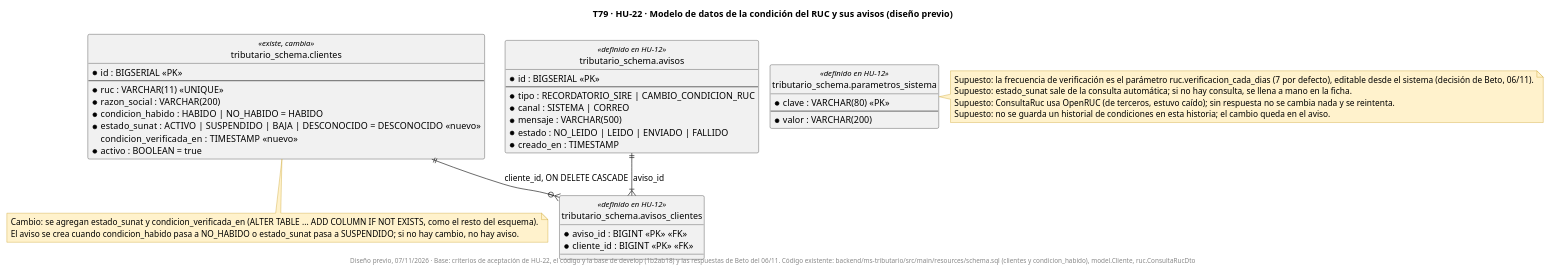
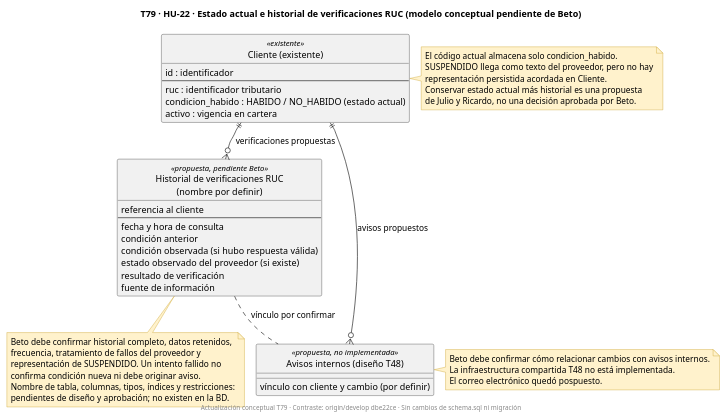
One commit to fabianrodriguez33/plus-contable changed the diagram in docs/uml/T79-HU22-er-condicion-cliente.puml. Above: the diagram before and after it, drawn with PlantUML. The commit also changed 5 other files, not shown here.

Commit message:
docs(HU-22): proponer historial RUC en UML T79

```diff
--- a/docs/uml/T79-HU22-er-condicion-cliente.puml
+++ b/docs/uml/T79-HU22-er-condicion-cliente.puml
@@ -1,52 +1,55 @@
 @startuml
 !pragma layout smetana
-title T79 · HU-22 · Modelo de datos de la condición del RUC y sus avisos (diseño previo)
+title T79 · HU-22 · Estado actual e historial de verificaciones RUC (modelo conceptual pendiente de Beto)
 skinparam shadowing false
 skinparam noteBackgroundColor #FFF2CC
 skinparam noteBorderColor #BF9000
 hide circle
 
-entity "tributario_schema.clientes" as clientes <<existe, cambia>> {
-  * id : BIGSERIAL <<PK>>
+entity "Cliente (existente)" as cliente <<existente>> {
+  id : identificador
   --
-  * ruc : VARCHAR(11) <<UNIQUE>>
-  * razon_social : VARCHAR(200)
-  * condicion_habido : HABIDO | NO_HABIDO = HABIDO
-  * estado_sunat : ACTIVO | SUSPENDIDO | BAJA | DESCONOCIDO = DESCONOCIDO  <<nuevo>>
-    condicion_verificada_en : TIMESTAMP  <<nuevo>>
-  * activo : BOOLEAN = true
+  ruc : identificador tributario
+  condicion_habido : HABIDO / NO_HABIDO (estado actual)
+  activo : vigencia en cartera
 }
-entity "tributario_schema.avisos" as avisos <<definido en HU-12>> {
-  * id : BIGSERIAL <<PK>>
+entity "Historial de verificaciones RUC\n(nombre por definir)" as historial <<propuesta, pendiente Beto>> {
+  referencia al cliente
   --
-  * tipo : RECORDATORIO_SIRE | CAMBIO_CONDICION_RUC
-  * canal : SISTEMA | CORREO
-  * mensaje : VARCHAR(500)
-  * estado : NO_LEIDO | LEIDO | ENVIADO | FALLIDO
-  * creado_en : TIMESTAMP
+  fecha y hora de consulta
+  condición anterior
+  condición observada (si hubo respuesta válida)
+  estado observado del proveedor (si existe)
+  resultado de verificación
+  fuente de información
 }
-entity "tributario_schema.avisos_clientes" as ac <<definido en HU-12>> {
-  * aviso_id : BIGINT <<PK>> <<FK>>
-  * cliente_id : BIGINT <<PK>> <<FK>>
-}
-entity "tributario_schema.parametros_sistema" as param <<definido en HU-12>> {
-  * clave : VARCHAR(80) <<PK>>
-  --
-  * valor : VARCHAR(200)
+entity "Avisos internos (diseño T48)" as aviso <<propuesta, no implementada>> {
+  vínculo con cliente y cambio (por definir)
 }
 
-avisos ||--|{ ac : aviso_id
-clientes ||--o{ ac : cliente_id, ON DELETE CASCADE
+cliente ||--o{ historial : verificaciones propuestas
+cliente ||--o{ aviso : avisos propuestos
+historial .. aviso : vínculo por confirmar
 
-note bottom of clientes
-  Cambio: se agregan estado_sunat y condicion_verificada_en (ALTER TABLE ... ADD COLUMN IF NOT EXISTS, como el resto del esquema).
-  El aviso se crea cuando condicion_habido pasa a NO_HABIDO o estado_sunat pasa a SUSPENDIDO; si no hay cambio, no hay aviso.
+note right of cliente
+  El código actual almacena solo condicion_habido.
+  SUSPENDIDO llega como texto del proveedor, pero no hay
+  representación persistida acordada en Cliente.
+  Conservar estado actual más historial es una propuesta
+  de Julio y Ricardo, no una decisión aprobada por Beto.
 end note
-note right of param
-  Supuesto: la frecuencia de verificación es el parámetro ruc.verificacion_cada_dias (7 por defecto), editable desde el sistema (decisión de Beto, 06/11).
-  Supuesto: estado_sunat sale de la consulta automática; si no hay consulta, se llena a mano en la ficha.
-  Supuesto: ConsultaRuc usa OpenRUC (de terceros, estuvo caído); sin respuesta no se cambia nada y se reintenta.
-  Supuesto: no se guarda un historial de condiciones en esta historia; el cambio queda en el aviso.
+note bottom of historial
+  Beto debe confirmar historial completo, datos retenidos,
+  frecuencia, tratamiento de fallos del proveedor y
+  representación de SUSPENDIDO. Un intento fallido no
+  confirma condición nueva ni debe originar aviso.
+  Nombre de tabla, columnas, tipos, índices y restricciones:
+  pendientes de diseño y aprobación; no existen en la BD.
 end note
-footer Diseño previo, 07/11/2026 · Base: criterios de aceptación de HU-22, el código y la base de develop (1b2ab18) y las respuestas de Beto del 06/11. Código existente: backend/ms-tributario/src/main/resources/schema.sql (clientes y condicion_habido), model.Cliente, ruc.ConsultaRucDto
+note right of aviso
+  Beto debe confirmar cómo relacionar cambios con avisos internos.
+  La infraestructura compartida T48 no está implementada.
+  El correo electrónico quedó pospuesto.
+end note
+footer Actualización conceptual T79 · Contraste: origin/develop dbe22ce · Sin cambios de schema.sql ni migración
 @enduml
```
